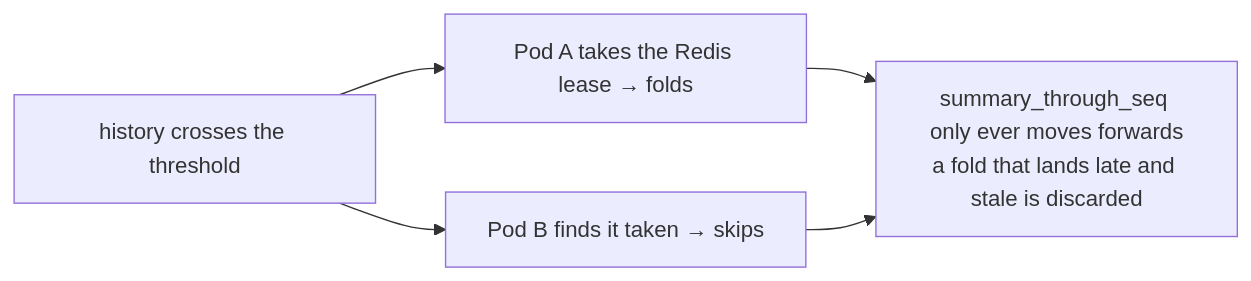
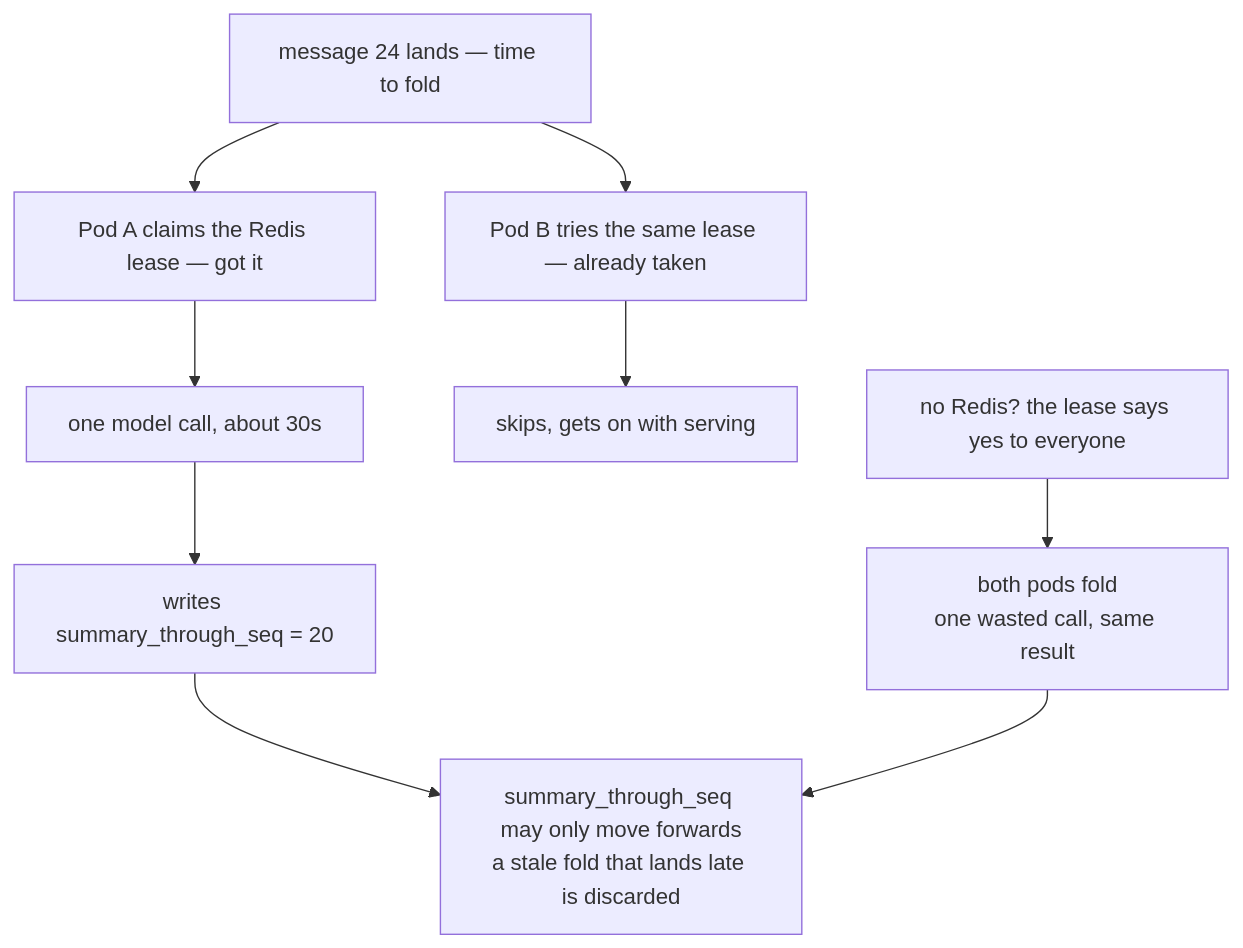
Before and after one commit to selvakumarperumal/Corporate_Filing_Analyzer_Agent: diagram 13 of 17 in docs/TESTING-SCALING.md, drawn with Mermaid. The commit also changed other lines of this file, not shown here.

Commit message:
docs: enrich scaling test breakdowns with detailed sequence flows, SQL examples, and negative test rigs

````diff
--- a/docs/TESTING-SCALING.md
+++ b/docs/TESTING-SCALING.md
@@ -422,7 +747,11 @@
 ```mermaid
-flowchart LR
-  T["history crosses the threshold"] --> A["Pod A takes the Redis lease → folds"]
-  T --> B["Pod B finds it taken → skips"]
-  A --> S["summary_through_seq only ever moves forwards<br/>a fold that lands late and stale is discarded"]
-  B --> S
+flowchart TB
+  T["message 24 lands — time to fold"] --> A["Pod A claims the Redis lease — got it"]
+  T --> B["Pod B tries the same lease — already taken"]
+  A --> M["one model call, about 30s"]
+  B --> SK["skips, gets on with serving"]
+  M --> W["writes summary_through_seq = 20"]
+  NR["no Redis? the lease says yes to everyone"] --> D["both pods fold<br/>one wasted call, same result"]
+  W --> G["summary_through_seq may only move forwards<br/>a stale fold that lands late is discarded"]
+  D --> G
 ```
````
